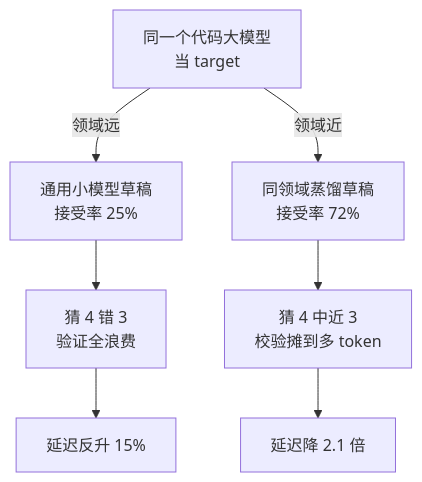
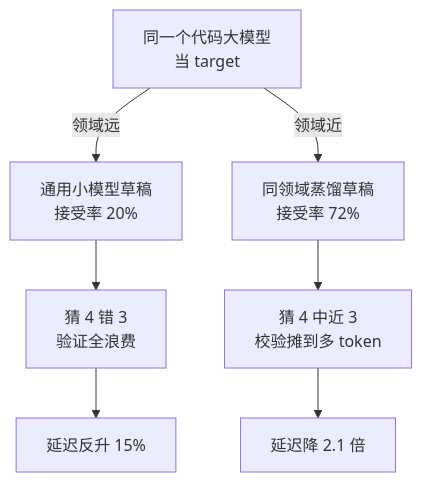
Before and after one commit to hub138/technical-knowledge: the fourth of 4 diagrams in vault/工程知识/AI 系统工程：从模型能力到生产能力/模型基础与训练/投机采样与推测解码：小模型带路大模型确认.md, drawn with Mermaid. The commit also changed other lines of this file and 622 other files, not shown here.

````diff
--- a/vault/工程知识/AI 系统工程：从模型能力到生产能力/模型基础与训练/投机采样与推测解码：小模型带路大模型确认.md
+++ b/vault/工程知识/AI 系统工程：从模型能力到生产能力/模型基础与训练/投机采样与推测解码：小模型带路大模型确认.md
@@ -84,9 +173,9 @@
 ```mermaid
 graph TD
-    T["同一个代码大模型<br/>当 target"] -->|"领域远"| A["通用小模型草稿<br/>接受率 25%"]
+    T["同一个代码大模型<br/>当 target"] -->|"领域远"| A["通用小模型草稿<br/>接受率 20%"]
     T -->|"领域近"| B["同领域蒸馏草稿<br/>接受率 72%"]
     A --> C["猜 4 错 3<br/>验证全浪费"]
     B --> D["猜 4 中近 3<br/>校验摊到多 token"]
     C --> E["延迟反升 15%"]
     D --> F["延迟降 2.1 倍"]
 ```
````
